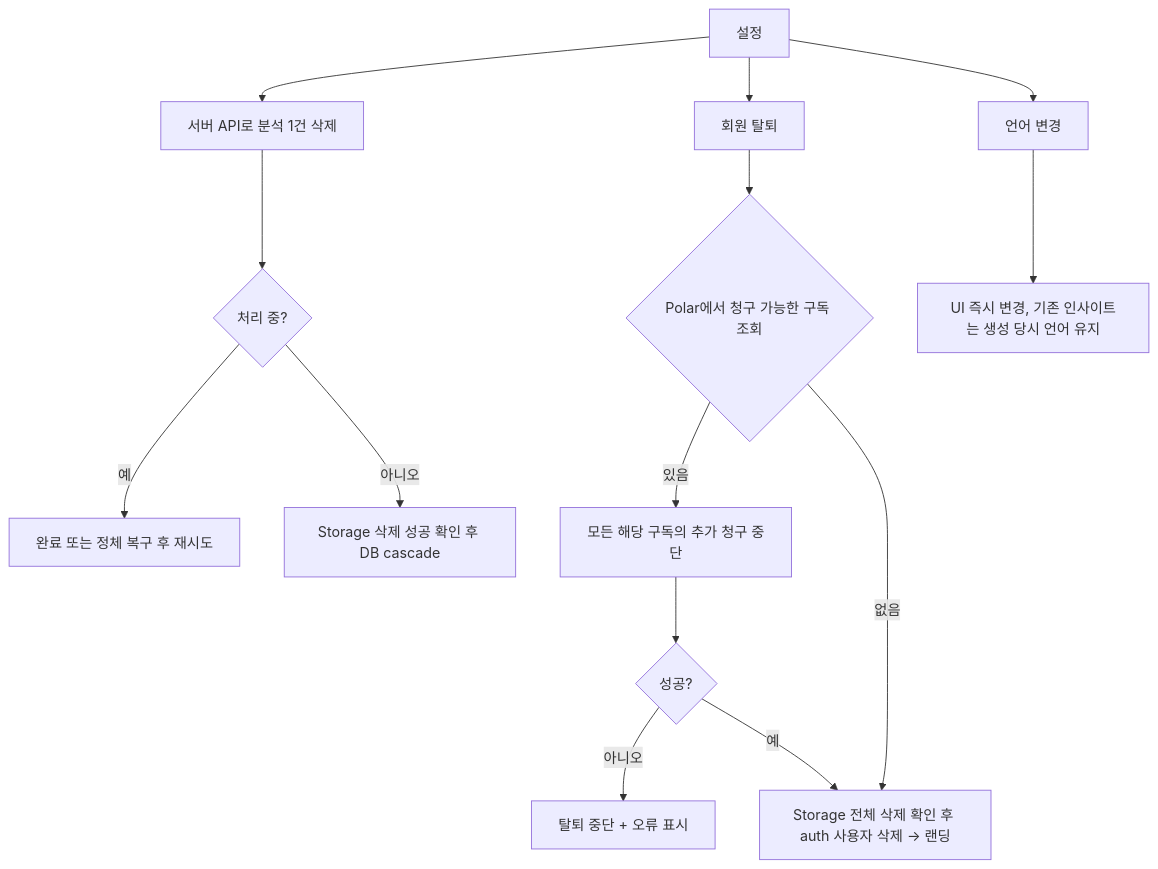
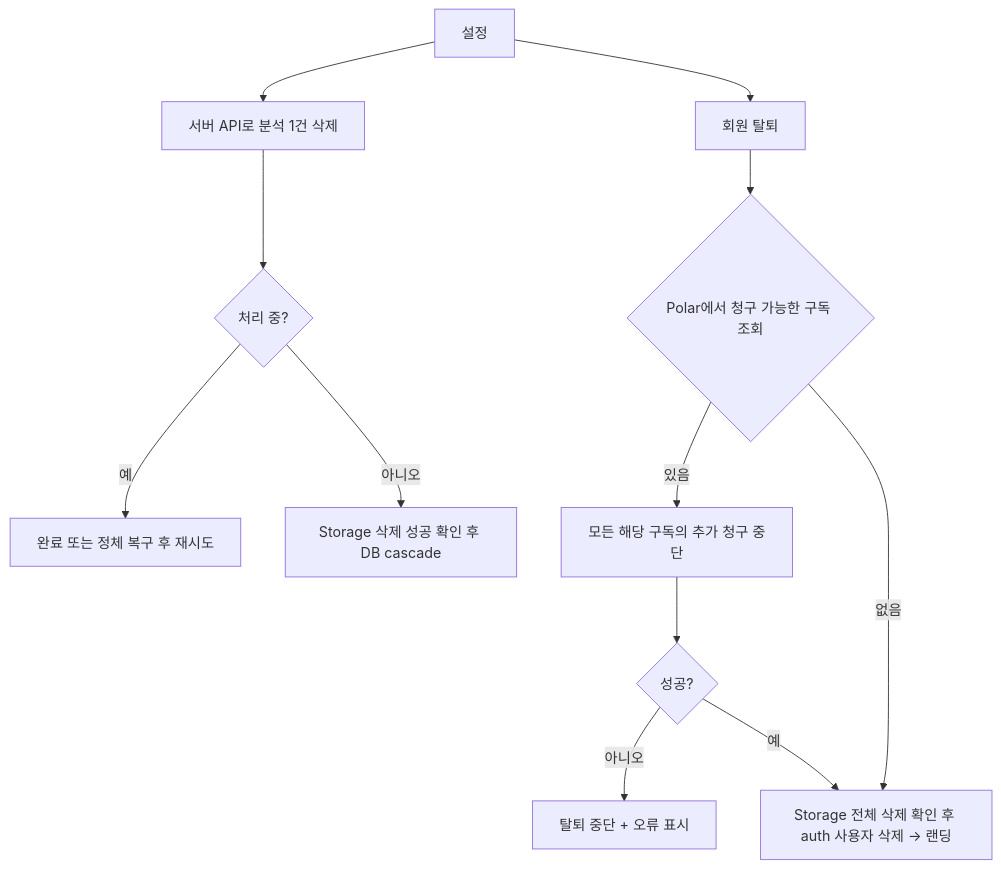
One commit to Jung-DaeHun/finsight changed the eighth of 8 diagrams in docs/USER_FLOW.md. Above: the diagram before and after it, drawn with Mermaid. The commit also changed other lines of this file and 5 other files, not shown here.

````diff
--- a/docs/USER_FLOW.md
+++ b/docs/USER_FLOW.md
@@ -196,12 +190,11 @@
 ```mermaid
 flowchart TD
   S[설정] --> A[서버 API로 분석 1건 삭제] --> A0{처리 중?}
   A0 -->|예| A2[완료 또는 정체 복구 후 재시도]
   A0 -->|아니오| A1[Storage 삭제 성공 확인 후 DB cascade]
   S --> C[회원 탈퇴] --> C1{Polar에서 청구 가능한 구독 조회}
   C1 -->|있음| C2[모든 해당 구독의 추가 청구 중단] --> C3{성공?}
   C3 -->|아니오| C4[탈퇴 중단 + 오류 표시]
   C3 -->|예| C5
   C1 -->|없음| C5[Storage 전체 삭제 확인 후 auth 사용자 삭제 → 랜딩]
-  S --> L[언어 변경] --> L1[UI 즉시 변경, 기존 인사이트는 생성 당시 언어 유지]
 ```
````
